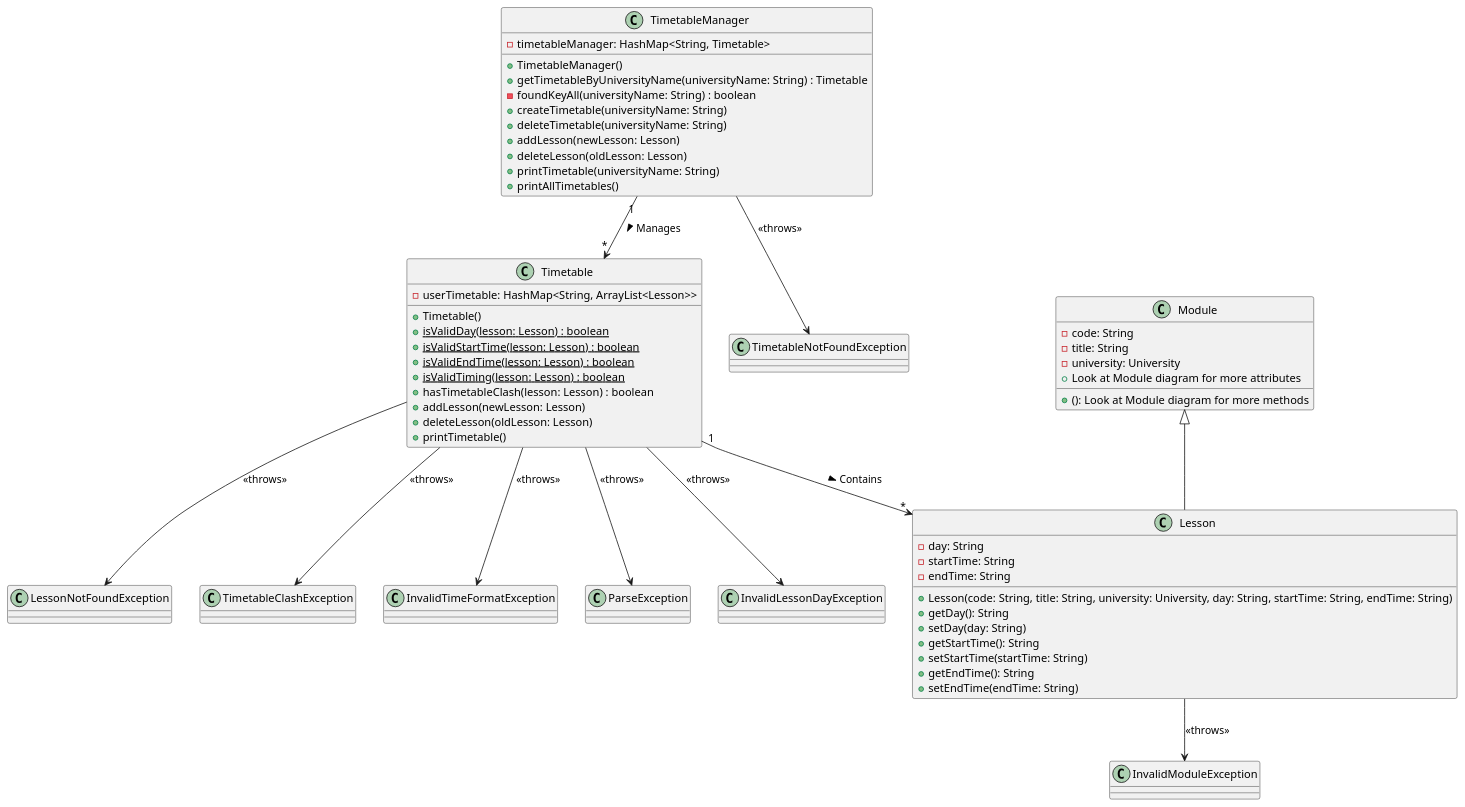
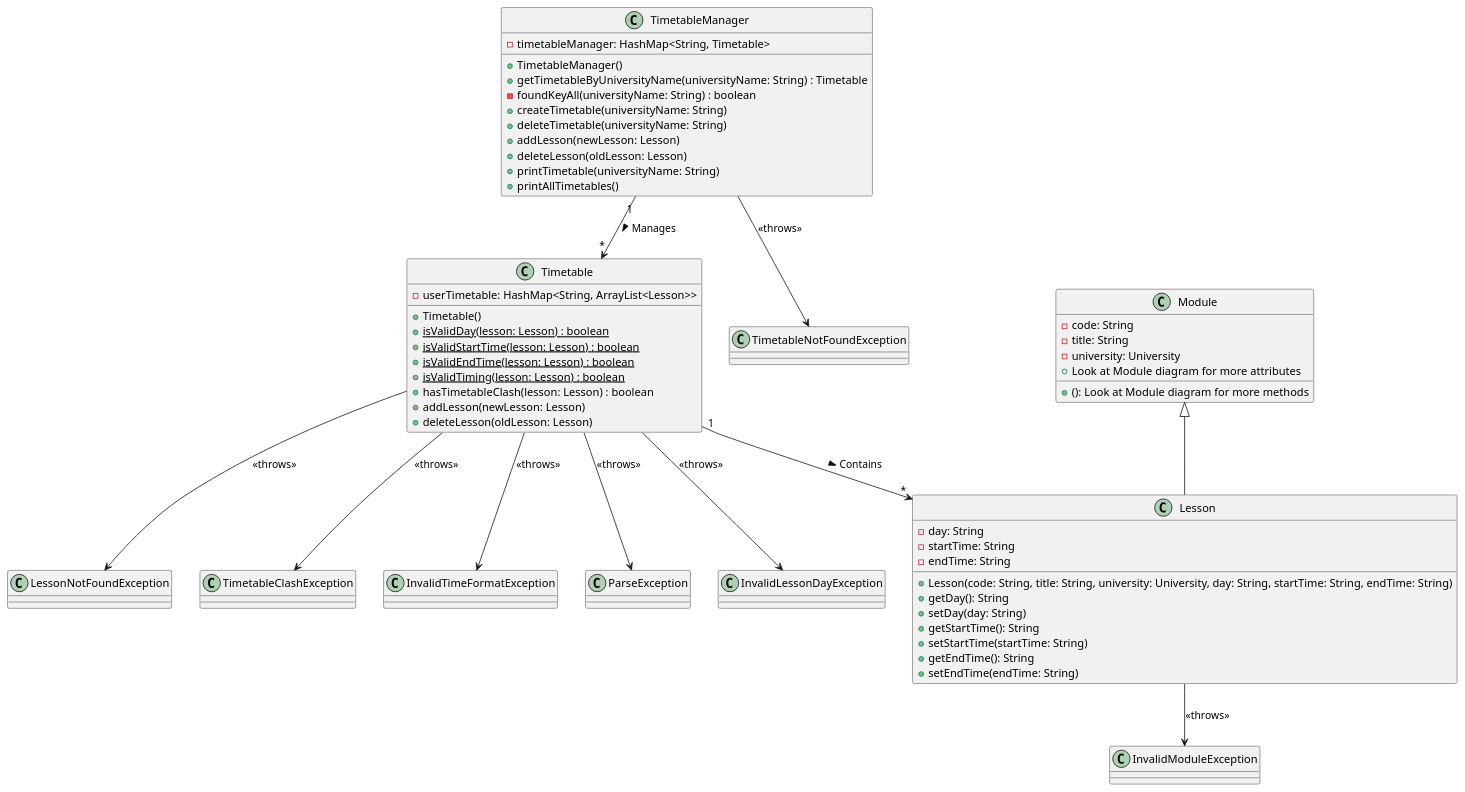
Before and after one commit to nus-cs2113-AY2223S1/tp: the diagram in docs/diagrams/Timetable.puml, drawn with PlantUML. The commit also changed 5 other files, not shown here.

```diff
--- a/docs/diagrams/Timetable.puml
+++ b/docs/diagrams/Timetable.puml
@@ -1,83 +1,82 @@
 @startuml
 'https://plantuml.com/class-diagram
 
 class TimetableManager {
     - timetableManager: HashMap<String, Timetable>
     + TimetableManager()
     + getTimetableByUniversityName(universityName: String) : Timetable
     - foundKeyAll(universityName: String) : boolean
     + createTimetable(universityName: String)
     + deleteTimetable(universityName: String)
     + addLesson(newLesson: Lesson)
     + deleteLesson(oldLesson: Lesson)
     + printTimetable(universityName: String)
     + printAllTimetables()
 }
 
 class Timetable {
     - userTimetable: HashMap<String, ArrayList<Lesson>>
     + Timetable()
     {static} + isValidDay(lesson: Lesson) : boolean
     {static} + isValidStartTime(lesson: Lesson) : boolean
     {static} + isValidEndTime(lesson: Lesson) : boolean
     {static} + isValidTiming(lesson: Lesson) : boolean
     + hasTimetableClash(lesson: Lesson) : boolean
     + addLesson(newLesson: Lesson)
     + deleteLesson(oldLesson: Lesson)
-    + printTimetable()
 }
 
 class Lesson {
     - day: String
     - startTime: String
     - endTime: String
     + Lesson(code: String, title: String, university: University, day: String, startTime: String, endTime: String)
     + getDay(): String
     + setDay(day: String)
     + getStartTime(): String
     + setStartTime(startTime: String)
     + getEndTime(): String
     + setEndTime(endTime: String)
 }
 
 class Module {
     - code: String
     - title: String
     - university: University
     + Look at Module diagram for more attributes
     + (): Look at Module diagram for more methods
 }
 
 class LessonNotFoundException {
 }
 
 class TimetableNotFoundException {
 }
 
 class TimetableClashException {
 }
 
 class InvalidModuleException {
 }
 
 class InvalidTimeFormatException {
 }
 
 class ParseException {
 }
 
 class InvalidLessonDayException {
 }
 
 TimetableManager "1" --> "*" Timetable :> Manages
 Timetable "1" --> "*" Lesson :> Contains
 Lesson --> InvalidModuleException : <<throws>>
 Timetable --> InvalidTimeFormatException : <<throws>>
 Timetable --> TimetableClashException : <<throws>>
 Timetable --> ParseException : <<throws>>
 Timetable --> LessonNotFoundException : <<throws>>
 Timetable --> InvalidLessonDayException : <<throws>>
 TimetableManager --> TimetableNotFoundException : <<throws>>
 Module <|-- Lesson
 
 @enduml
```
